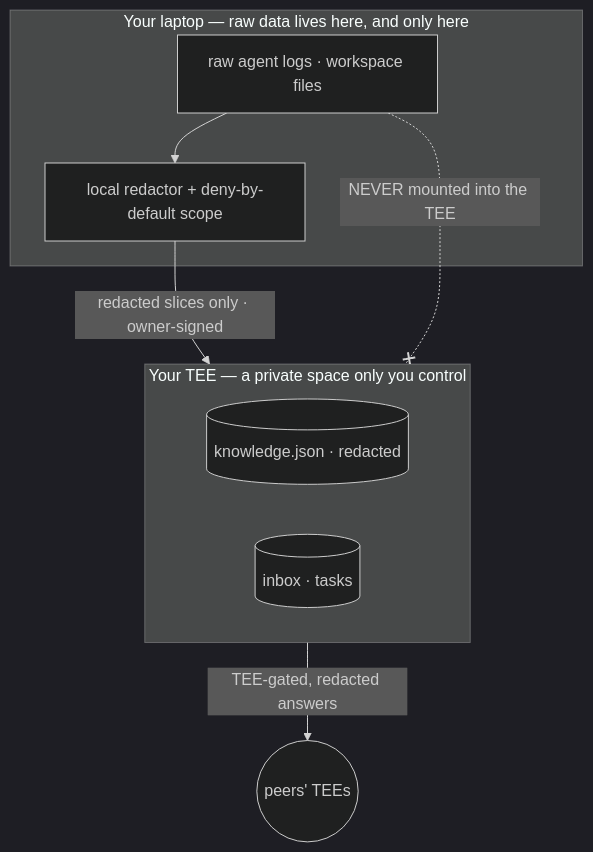
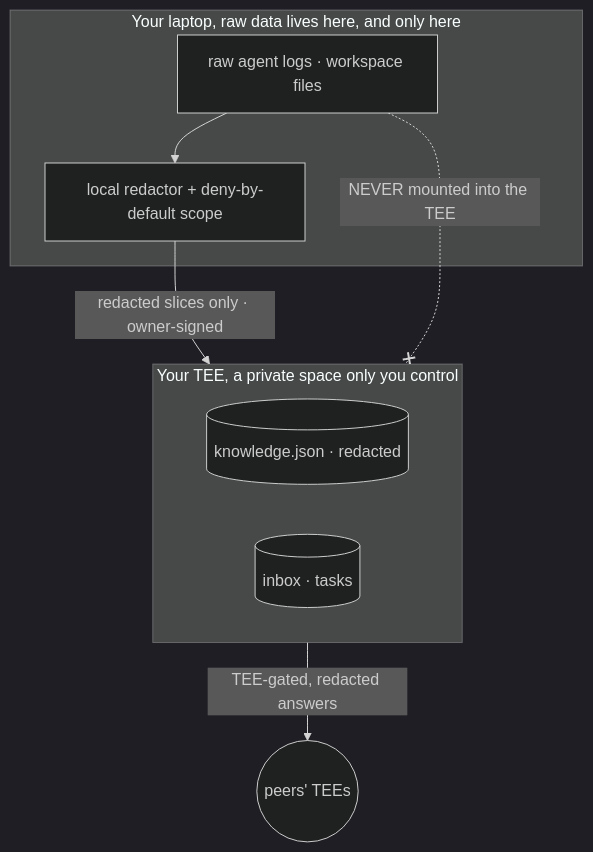
One commit to ekailabs/alignOS changed the diagram in docs/PRIVACY.md. Above: the diagram before and after it, drawn with Mermaid (dark theme). The commit also changed other lines of this file and 6 other files, not shown here.

````diff
--- a/docs/PRIVACY.md
+++ b/docs/PRIVACY.md
@@ -20,15 +20,15 @@
 ```mermaid
 flowchart TD
-  subgraph Edge["Your laptop — raw data lives here, and only here"]
+  subgraph Edge["Your laptop, raw data lives here, and only here"]
     raw[raw agent logs · workspace files]
     red[local redactor + deny-by-default scope]
     raw --> red
   end
   red -->|"redacted slices only · owner-signed"| TEE
-  subgraph TEE["Your TEE — a private space only you control"]
+  subgraph TEE["Your TEE, a private space only you control"]
     know[(knowledge.json · redacted)]
     inbox[(inbox · tasks)]
   end
   TEE -->|"TEE-gated, redacted answers"| Mesh((peers' TEEs))
   raw -. "NEVER mounted into the TEE" .-x TEE
 ```
````
